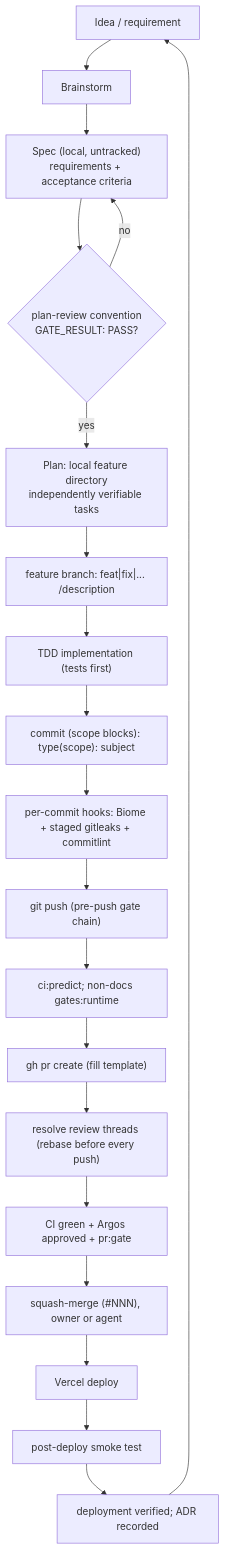
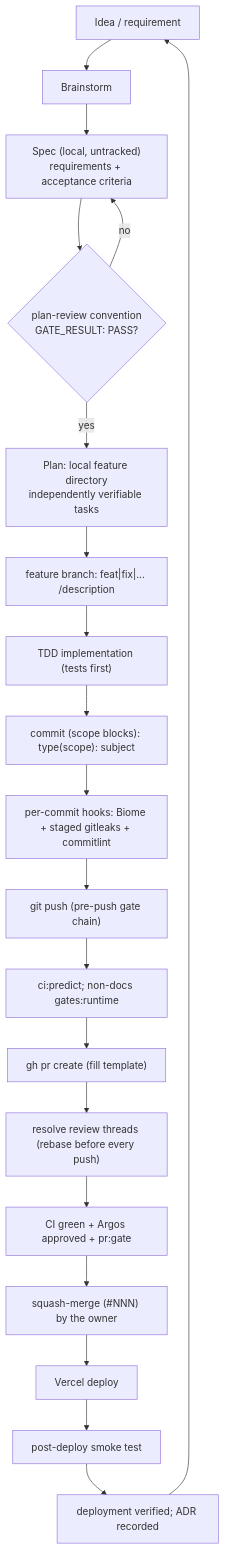
The first of 2 diagrams in docs/handbook/development-lifecycle.md (erikunha/portfolio), drawn with Mermaid before and after one commit. The commit also changed 3 other files, not shown here.

````diff
--- a/docs/handbook/development-lifecycle.md
+++ b/docs/handbook/development-lifecycle.md
@@ -7,22 +7,22 @@
 ```mermaid
 flowchart TD
     idea["Idea / requirement"] --> brainstorm["Brainstorm"]
     brainstorm --> spec["Spec (local, untracked)<br/>requirements + acceptance criteria"]
     spec --> agate{"plan-review convention<br/>GATE_RESULT: PASS?"}
     agate -->|no| spec
     agate -->|yes| plan["Plan: local feature directory<br/>independently verifiable tasks"]
     plan --> branch["feature branch: feat|fix|... /description"]
     branch --> tdd["TDD implementation (tests first)"]
     tdd --> commit["commit (scope blocks): type(scope): subject"]
     commit --> hooks["per-commit hooks: Biome + staged gitleaks + commitlint"]
     hooks --> push["git push (pre-push gate chain)"]
     push --> readypr["ci:predict; non-docs gates:runtime"]
     readypr --> pr["gh pr create (fill template)"]
     pr --> conv["resolve review threads (rebase before every push)"]
     conv --> readymerge["CI green + Argos approved + pr:gate"]
-    readymerge --> merge["squash-merge (#NNN), owner or agent"]
+    readymerge --> merge["squash-merge (#NNN) by the owner"]
     merge --> deploy["Vercel deploy"]
     deploy --> smoke["post-deploy smoke test"]
     smoke --> adr["deployment verified; ADR recorded"]
     adr --> idea
 ```
````
